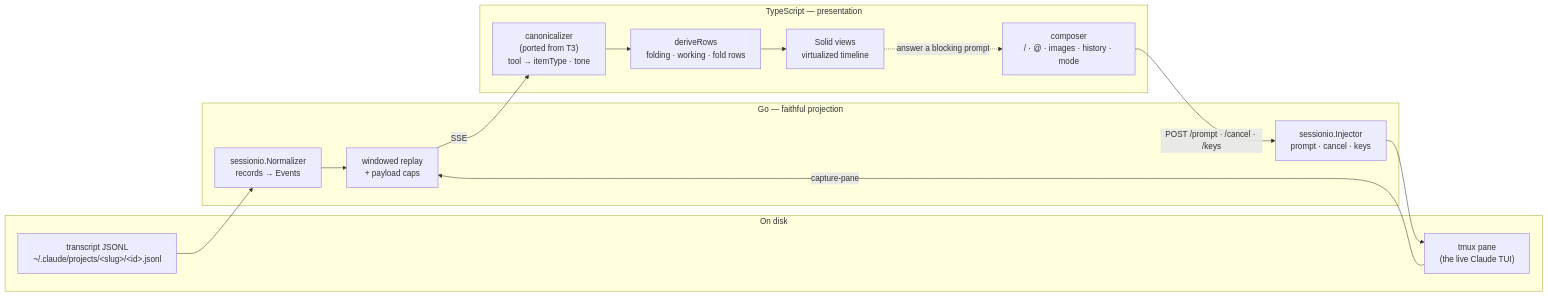
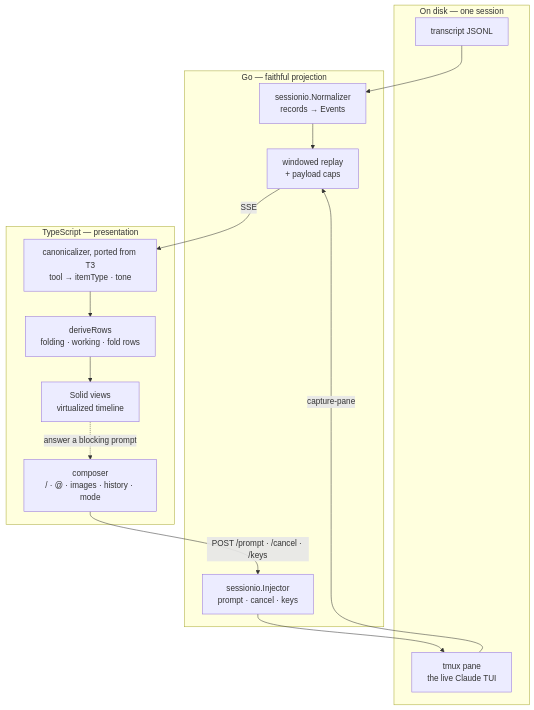
Before and after one commit to ViktorBarzin/terminal-lobby: the first of 3 diagrams in docs/plans/2026-08-16-text-view-native-render-design.md, drawn with Mermaid. The commit also changed other lines of this file, not shown here.

First line of the commit message:
docs: tone pass on the text-view design before publishing

````diff
--- a/docs/plans/2026-08-16-text-view-native-render-design.md
+++ b/docs/plans/2026-08-16-text-view-native-render-design.md
@@ -88,25 +102,25 @@
 ```mermaid
-flowchart LR
-  subgraph disk["On disk"]
-    T["transcript JSONL<br/>~/.claude/projects/&lt;slug&gt;/&lt;id&gt;.jsonl"]
-    P["tmux pane<br/>(the live Claude TUI)"]
+flowchart TD
+  subgraph disk["On disk — one session"]
+    T["transcript JSONL"]
+    P["tmux pane<br/>the live Claude TUI"]
   end
 
   subgraph go["Go — faithful projection"]
     N["sessionio.Normalizer<br/>records → Events"]
     W["windowed replay<br/>+ payload caps"]
     I["sessionio.Injector<br/>prompt · cancel · keys"]
   end
 
   subgraph ts["TypeScript — presentation"]
-    C["canonicalizer<br/>(ported from T3)<br/>tool → itemType · tone"]
+    C["canonicalizer, ported from T3<br/>tool → itemType · tone"]
     R["deriveRows<br/>folding · working · fold rows"]
     V["Solid views<br/>virtualized timeline"]
     K["composer<br/>/ · @ · images · history · mode"]
   end
 
   T --> N --> W -->|SSE| C --> R --> V
   P -->|capture-pane| W
-  K -->|POST /prompt · /cancel · /keys| I --> P
   V -.->|answer a blocking prompt| K
+  K -->|"POST /prompt · /cancel · /keys"| I --> P
 ```
````
